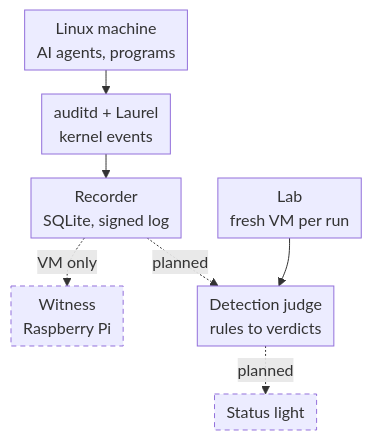
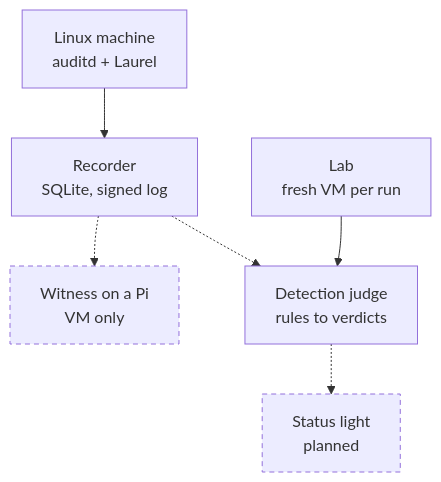
Before and after one commit to Balistid/balistid-blue: the diagram in README.md, drawn with Mermaid. The commit also changed other lines of this file, not shown here.

Commit message:
docs(readme): make the diagram smaller
On GitHub the diagram was over 800 pixels tall, and GitHub ignores
spacing set in the diagram. Edge labels go into the boxes and the text,
and the machine and its sensor share one box.

Agent: claude/opus-5.5

````diff
--- a/README.md
+++ b/README.md
@@ -47,8 +47,7 @@
 ```mermaid
-%%{init: {"flowchart": {"rankSpacing": 24, "nodeSpacing": 24, "padding": 6}}}%%
 flowchart TD; classDef later stroke-dasharray:5 4
-  host["Linux machine<br/>AI agents, programs"] --> audit["auditd + Laurel<br/>kernel events"] --> rec["Recorder<br/>SQLite, signed log"]
-  rec -.->|VM only| pi["Witness<br/>Raspberry Pi"]:::later
-  rec -.->|planned| judge["Detection judge<br/>rules to verdicts"] -.->|planned| light["Status light"]:::later
+  audit["Linux machine<br/>auditd + Laurel"] --> rec["Recorder<br/>SQLite, signed log"]
+  rec -.-> pi["Witness on a Pi<br/>VM only"]:::later
+  rec -.-> judge["Detection judge<br/>rules to verdicts"] -.-> light["Status light<br/>planned"]:::later
   lab["Lab<br/>fresh VM per run"] --> judge
 ```
````
